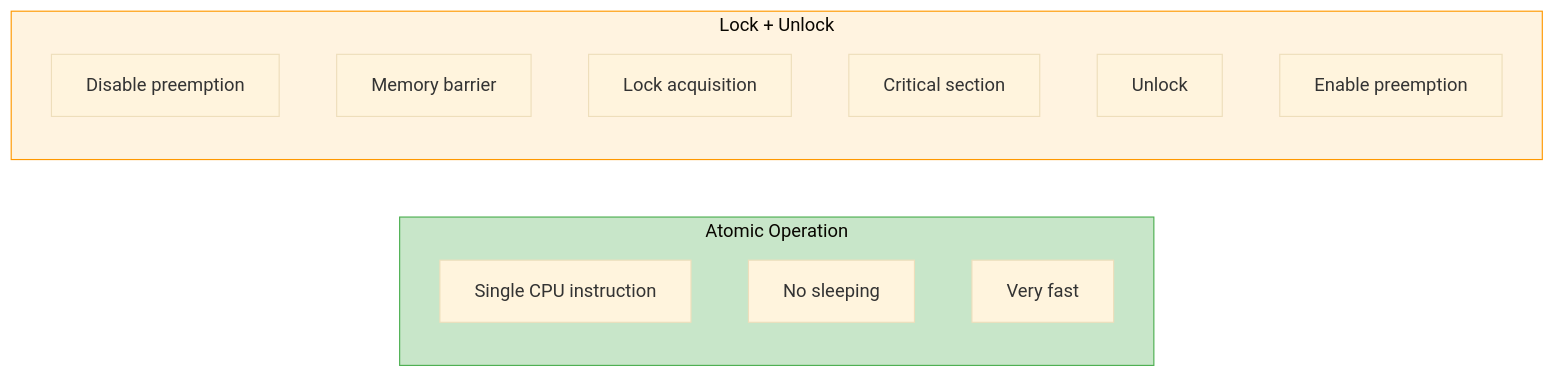
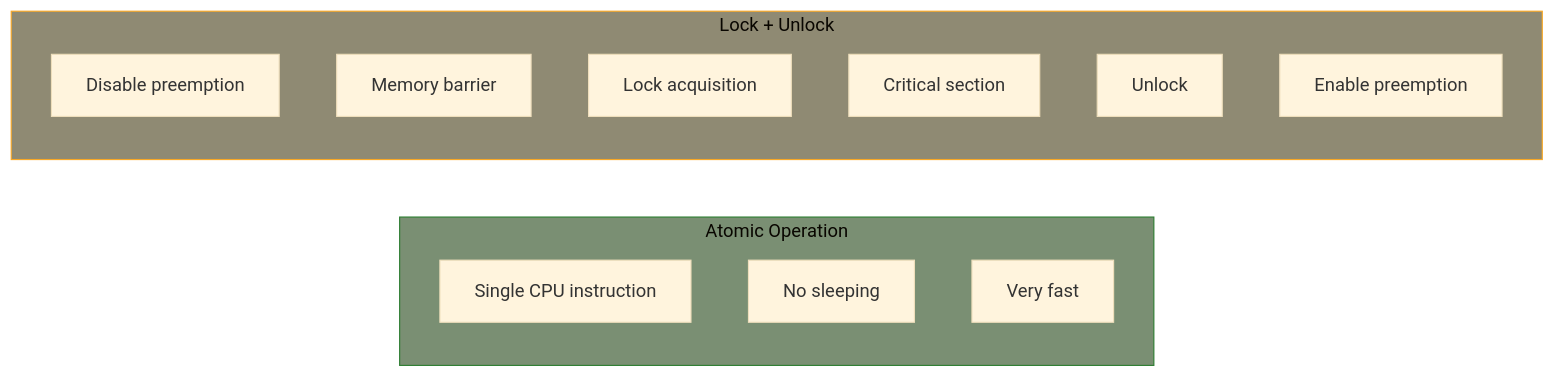
One commit to MichaelTien8901/linux-driver-guide-tutorial changed the diagram in part4/05-atomic-operations.md. Above: the diagram before and after it, drawn with Mermaid (base theme). The commit also changed 36 other files, not shown here.

Commit message:
Fix mermaid diagram colors to use consistent paper-like theme

````diff
--- a/part4/05-atomic-operations.md
+++ b/part4/05-atomic-operations.md
@@ -346,20 +346,20 @@
 ```mermaid
 flowchart LR
     subgraph Atomic["Atomic Operation"]
         A1["Single CPU instruction"]
         A2["No sleeping"]
         A3["Very fast"]
     end
 
     subgraph Lock["Lock + Unlock"]
         L1["Disable preemption"]
         L2["Memory barrier"]
         L3["Lock acquisition"]
         L4["Critical section"]
         L5["Unlock"]
         L6["Enable preemption"]
     end
 
-    style Atomic fill:#c8e6c9,stroke:#4caf50
-    style Lock fill:#fff3e0,stroke:#ff9800
+    style Atomic fill:#7a8f73,stroke:#2e7d32
+    style Lock fill:#8f8a73,stroke:#f9a825
 ```
````
